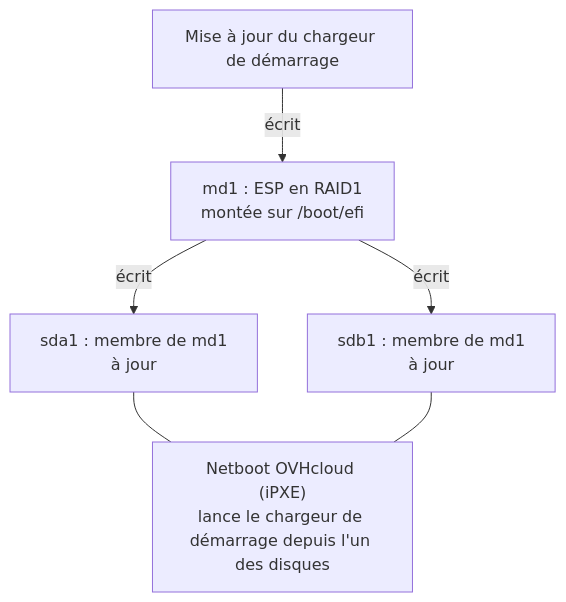
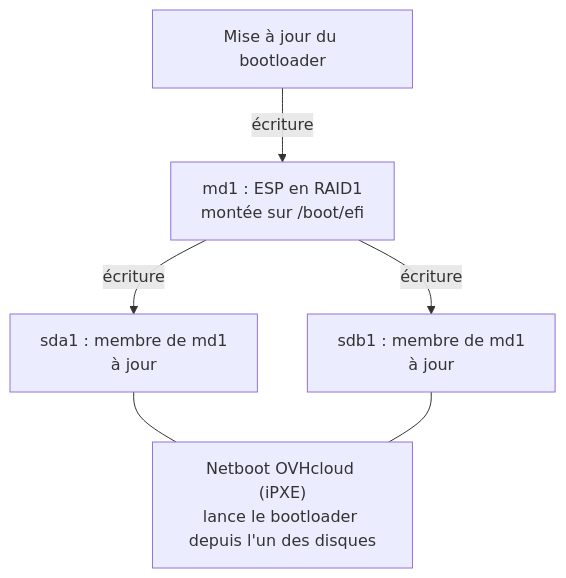
Before and after one commit to ovh/ovhcloud-docs: the second of 2 diagrams in docs/fr/guides/bare-metal-cloud/dedicated-servers/efi-system-partition.mdx, drawn with Mermaid. The commit also changed other lines of this file and 2 other files, not shown here.

First line of the commit message:
docs(dedicated-servers): proofread the French ESP overview

````diff
--- a/docs/fr/guides/bare-metal-cloud/dedicated-servers/efi-system-partition.mdx
+++ b/docs/fr/guides/bare-metal-cloud/dedicated-servers/efi-system-partition.mdx
@@ -73,12 +81,12 @@
 ```mermaid
 flowchart TB
     accTitle: Une ESP sur un RAID1
-    accDescr: /boot/efi est monté depuis md1, une grappe RAID1 composée de sda1 et sdb1. Les mises à jour du chargeur de démarrage sont donc écrites sur les deux disques, et iPXE peut lancer le chargeur de démarrage depuis l'un ou l'autre disque.
-    U["Mise à jour du chargeur de démarrage"] -->|"écrit"| M["md1 : ESP en RAID1<br/>montée sur /boot/efi"]
-    M -->|"écrit"| A
-    M -->|"écrit"| B
+    accDescr: md1, une grappe RAID1 composée de sda1 et sdb1, est monté sur /boot/efi. Les mises à jour du bootloader s'appliquent donc aux deux disques, et iPXE peut lancer le bootloader depuis n'importe quel disque.
+    U["Mise à jour du bootloader"] -->|"écriture"| M["md1 : ESP en RAID1<br/>montée sur /boot/efi"]
+    M -->|"écriture"| A
+    M -->|"écriture"| B
     A["sda1 : membre de md1<br/>à jour"]
     B["sdb1 : membre de md1<br/>à jour"]
-    A --- N["Netboot OVHcloud (iPXE)<br/>lance le chargeur de démarrage depuis l'un des disques"]
+    A --- N["Netboot OVHcloud (iPXE)<br/>lance le bootloader depuis l'un des disques"]
     B --- N
 ```
````
